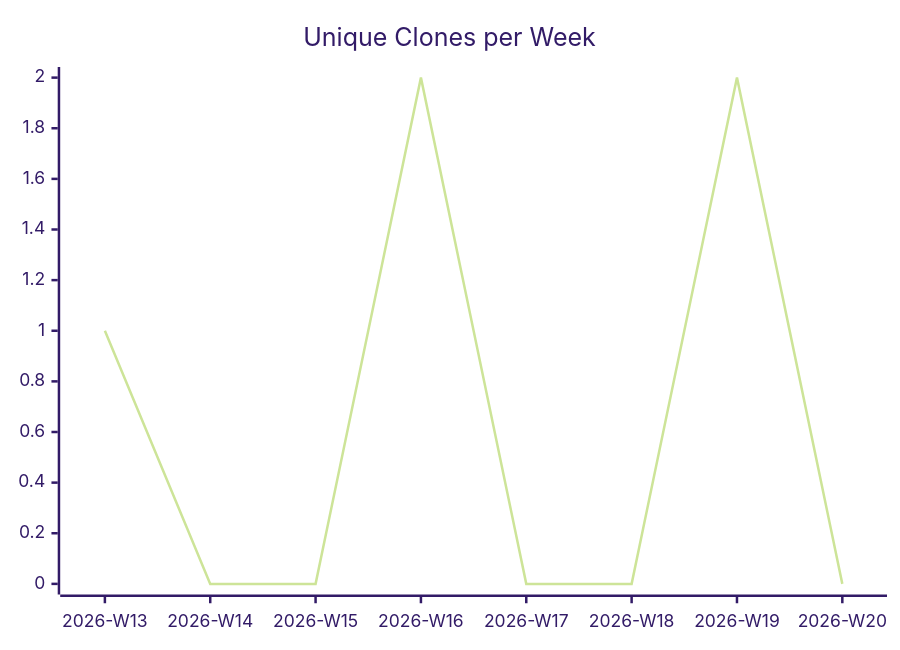
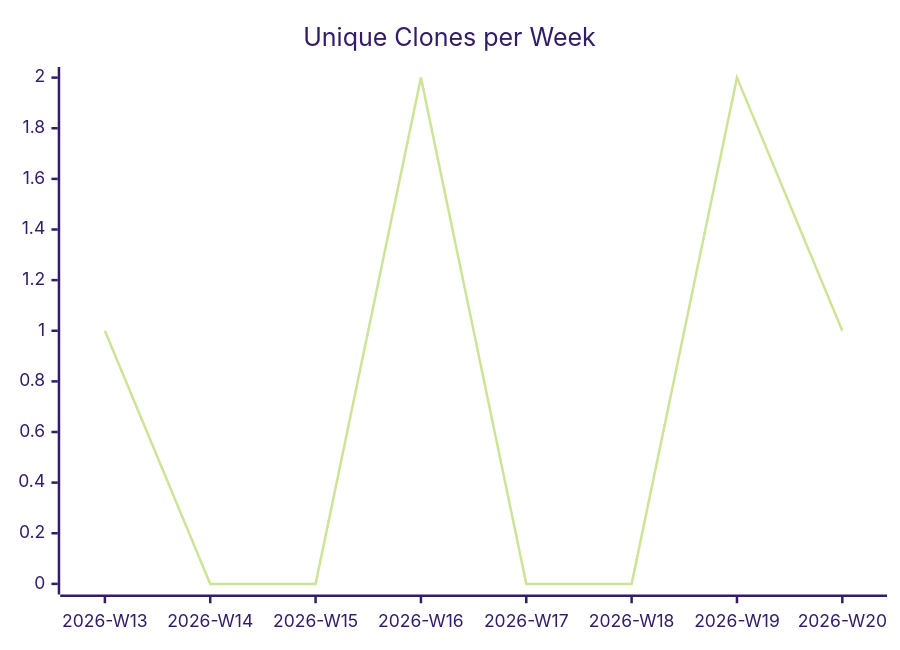
Before and after one commit to justdavis-family/github-analytics-data: the third of 3 diagrams in karlmdavis/datanucleus-test-jdo-1-to-n/README.md, drawn with Mermaid (forest theme). The commit also changed other lines of this file and 176 other files, not shown here.

````diff
--- a/karlmdavis/datanucleus-test-jdo-1-to-n/README.md
+++ b/karlmdavis/datanucleus-test-jdo-1-to-n/README.md
@@ -19,6 +19,6 @@
 ```mermaid
 xychart-beta
   title "Unique Clones per Week"
   x-axis ["2026-W13", "2026-W14", "2026-W15", "2026-W16", "2026-W17", "2026-W18", "2026-W19", "2026-W20"]
-  line [1, 0, 0, 2, 0, 0, 2, 0]
+  line [1, 0, 0, 2, 0, 0, 2, 1]
 ```
````
